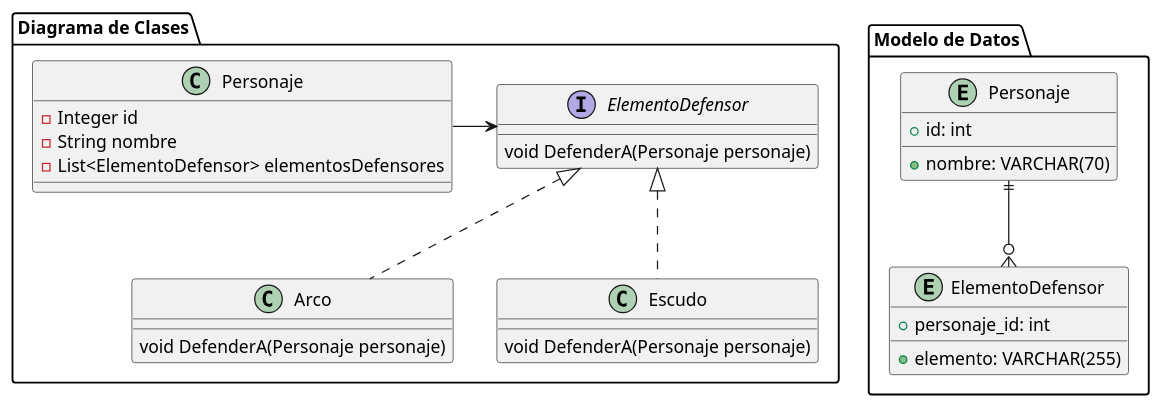
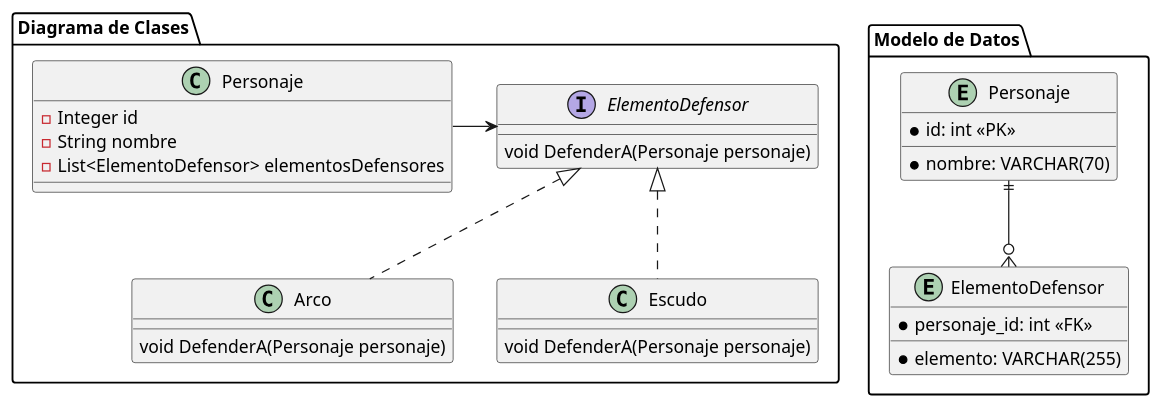
Before and after one commit to nachovilla123/apunte-persistencia: the diagram in listaDeInterfacesStateless.puml, drawn with PlantUML. The commit also changed 14 other files, not shown here.

```diff
--- a/listaDeInterfacesStateless.puml
+++ b/listaDeInterfacesStateless.puml
@@ -1,41 +1,41 @@
 @startuml
 
 package "Diagrama de Clases" {
 
     class Personaje {
         - Integer id
         - String nombre
         - List<ElementoDefensor> elementosDefensores
     }
 
     interface ElementoDefensor {
         void DefenderA(Personaje personaje)
     }
 
     class Arco implements ElementoDefensor {
         void DefenderA(Personaje personaje)
     }
 
     class Escudo implements ElementoDefensor {
         void DefenderA(Personaje personaje)
     }
 
     Personaje --right> ElementoDefensor
 
 }
 
 package "Modelo de Datos" {
     entity "Personaje" as PersonajeTable {
-        + id: int
-        + nombre: VARCHAR(70)
+        * id: int <<PK>>
+        * nombre: VARCHAR(70)
     }
 
     entity "ElementoDefensor" as ElementoDefensorTable {
-        + personaje_id: int
-        + elemento: VARCHAR(255)
+        * personaje_id: int <<FK>>
+        * elemento: VARCHAR(255)
     }
 
     PersonajeTable ||--o{ ElementoDefensorTable
 }
 
 @enduml
```
